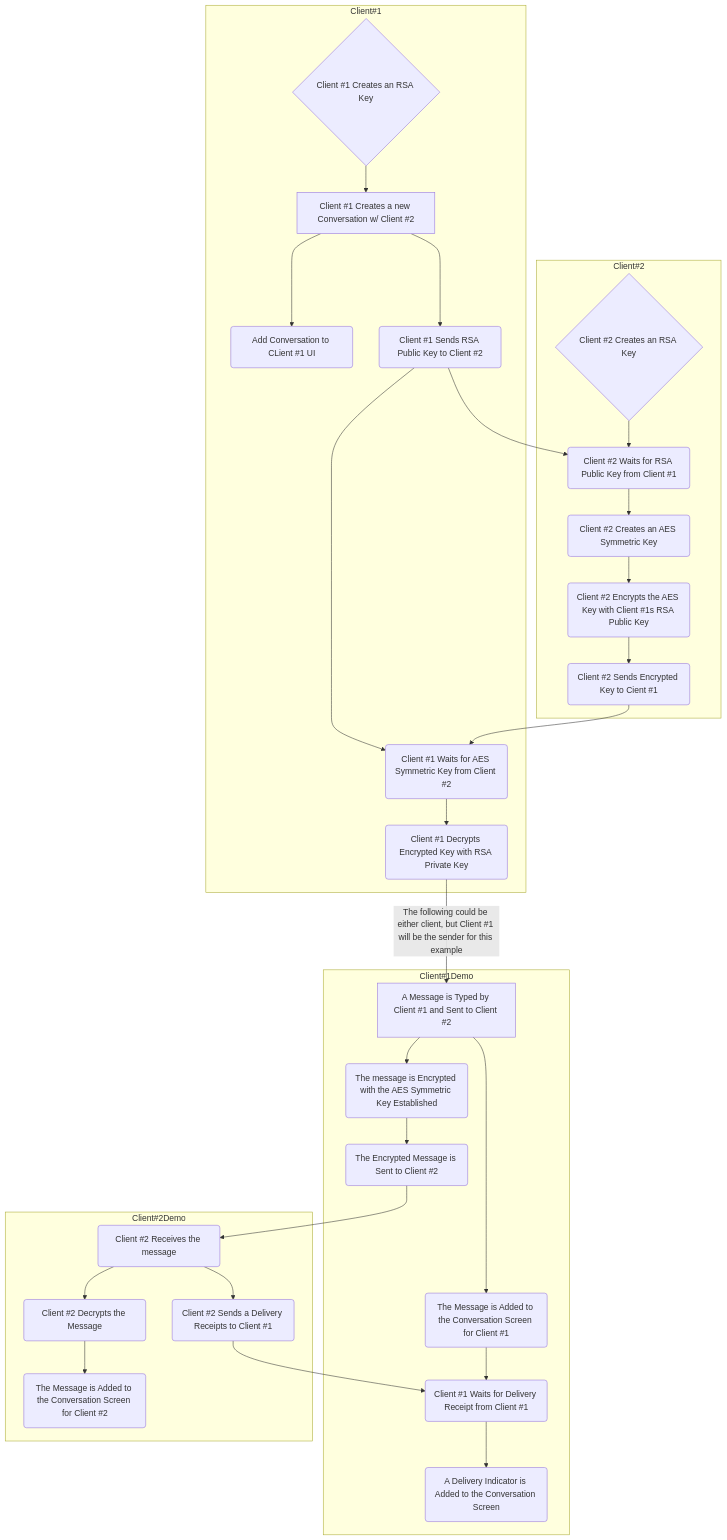
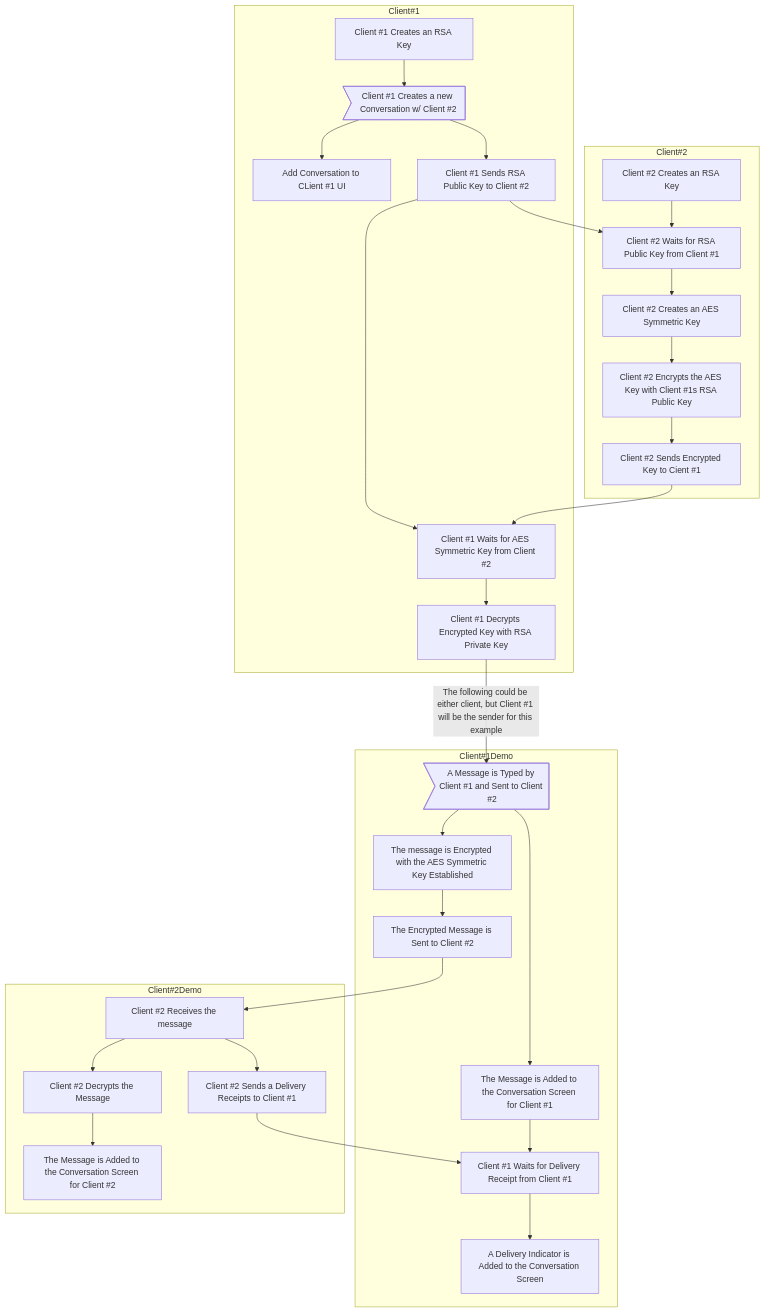
One commit to xXCrash2BomberXx/TinyChat changed the diagram in README.md. Above: the diagram before and after it, drawn with Mermaid.

````diff
--- a/README.md
+++ b/README.md
@@ -72,35 +72,35 @@
 ```mermaid
 graph TB;
   subgraph "Client#1"
-  A{Client #1 Creates an RSA Key} --> B[Client #1 Creates a new Conversation w/ Client #2];
-  B --> D(Add Conversation to CLient #1 UI);
-  B --> E(Client #1 Sends RSA Public Key to Client #2);
+  A[Client #1 Creates an RSA Key] --> B>Client #1 Creates a new Conversation w/ Client #2];
+  B --> D[Add Conversation to CLient #1 UI];
+  B --> E[Client #1 Sends RSA Public Key to Client #2];
   end
   subgraph "Client#2"
-  F{Client #2 Creates an RSA Key} --> G(Client #2 Waits for RSA Public Key from Client #1);
+  F[Client #2 Creates an RSA Key] --> G[Client #2 Waits for RSA Public Key from Client #1];
   E --> G;
-  G --> H(Client #2 Creates an AES Symmetric Key);
-  H -->I(Client #2 Encrypts the AES Key with Client #1s RSA Public Key);
-  I -->J(Client #2 Sends Encrypted Key to Cient #1);
+  G --> H[Client #2 Creates an AES Symmetric Key];
+  H -->I[Client #2 Encrypts the AES Key with Client #1s RSA Public Key];
+  I -->J[Client #2 Sends Encrypted Key to Cient #1];
   end
   subgraph "Client#1"
-  E --> K(Client #1 Waits for AES Symmetric Key from Client #2);
+  E --> K[Client #1 Waits for AES Symmetric Key from Client #2];
   J --> K;
-  K --> L(Client #1 Decrypts Encrypted Key with RSA Private Key);
+  K --> L[Client #1 Decrypts Encrypted Key with RSA Private Key];
   end
   subgraph "Client#1Demo"
-  L --> |The following could be either client, but Client #1 will be the sender for this example| M[A Message is Typed by Client #1 and Sent to Client #2];
-  M --> N(The message is Encrypted with the AES Symmetric Key Established);
-  N --> O(The Encrypted Message is Sent to Client #2);
-  M --> Q(The Message is Added to the Conversation Screen for Client #1);
-  Q --> R(Client #1 Waits for Delivery Receipt from Client #1);
-  R --> V(A Delivery Indicator is Added to the Conversation Screen);
+  L --> |The following could be either client, but Client #1 will be the sender for this example| M>A Message is Typed by Client #1 and Sent to Client #2];
+  M --> N[The message is Encrypted with the AES Symmetric Key Established];
+  N --> O[The Encrypted Message is Sent to Client #2];
+  M --> Q[The Message is Added to the Conversation Screen for Client #1];
+  Q --> R[Client #1 Waits for Delivery Receipt from Client #1];
+  R --> V[A Delivery Indicator is Added to the Conversation Screen];
   end
   subgraph "Client#2Demo"
-  O --> P(Client #2 Receives the message);
-  P --> S(Client #2 Decrypts the Message);
-  S --> T(The Message is Added to the Conversation Screen for Client #2);
-  P --> U(Client #2 Sends a Delivery Receipts to Client #1);
+  O --> P[Client #2 Receives the message];
+  P --> S[Client #2 Decrypts the Message];
+  S --> T[The Message is Added to the Conversation Screen for Client #2];
+  P --> U[Client #2 Sends a Delivery Receipts to Client #1];
   U --> R;
   end
 ```
````
